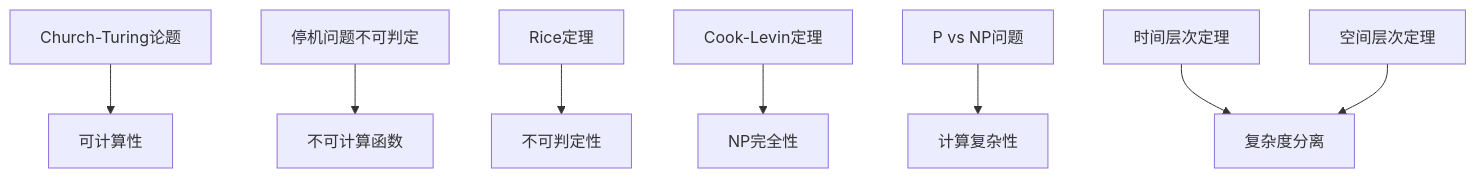
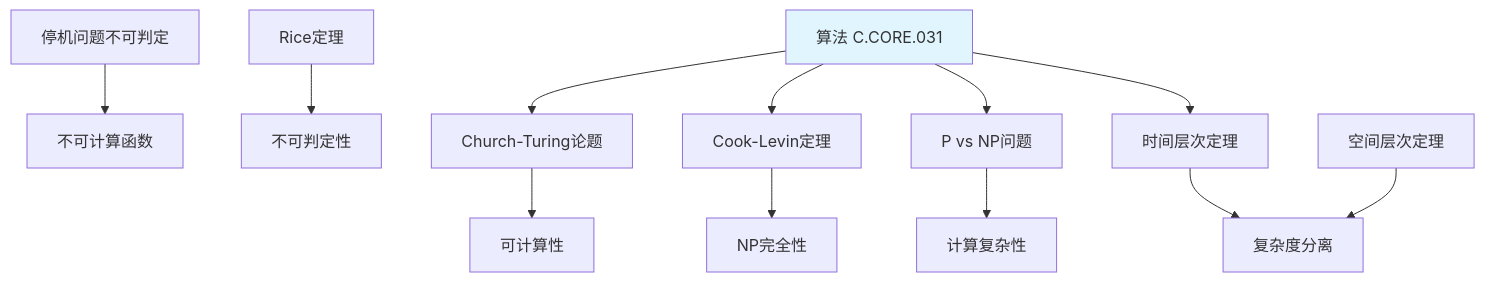
Before and after one commit to AdaMartin18010/FormalMath: diagram 15 of 15 in concept/05-知识关联网络/02-定理级关联网络.md, drawn with Mermaid. The commit also changed other lines of this file and 45 other files, not shown here.

````diff
--- a/concept/05-知识关联网络/02-定理级关联网络.md
+++ b/concept/05-知识关联网络/02-定理级关联网络.md
@@ -605,10 +679,16 @@
 ```mermaid
 graph TD
     A[Church-Turing论题] --> B[可计算性]
     C[停机问题不可判定] --> D[不可计算函数]
     E[Rice定理] --> F[不可判定性]
     G[Cook-Levin定理] --> H[NP完全性]
     I[P vs NP问题] --> J[计算复杂性]
     K[时间层次定理] --> L[复杂度分离]
     M[空间层次定理] --> L
+    N[算法 C.CORE.031] --> A
+    N --> G
+    N --> I
+    N --> K
+
+    style N fill:#e1f5ff
 ```
````
